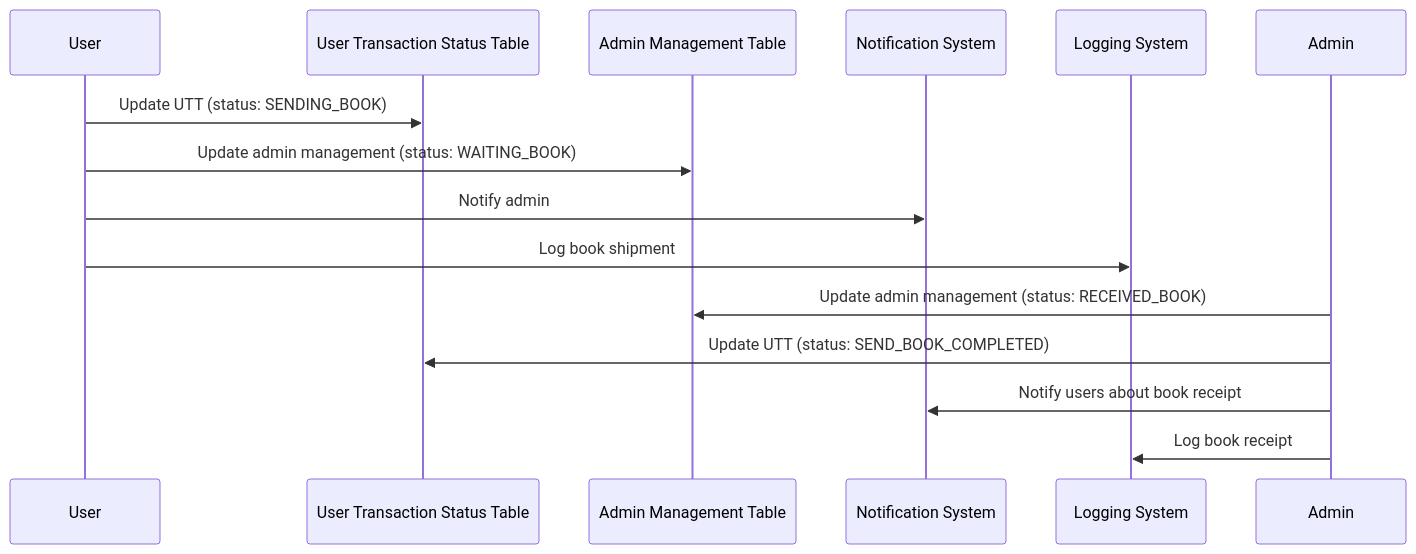
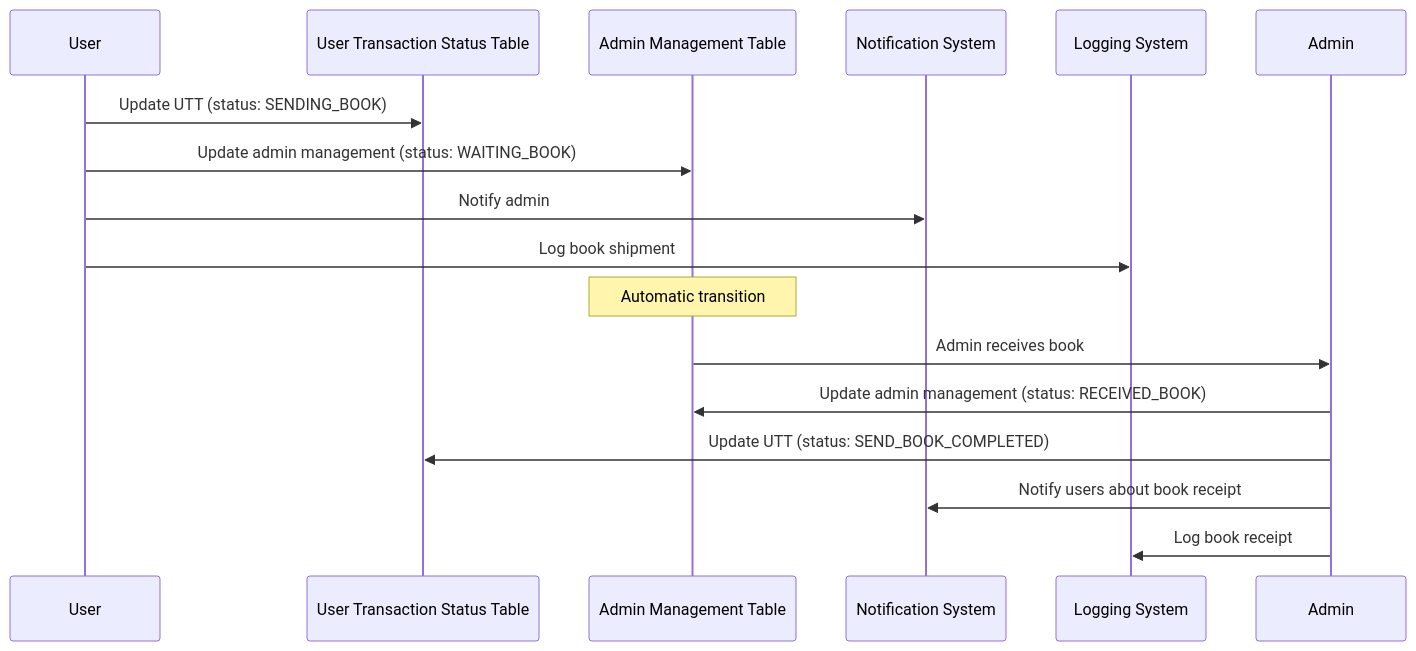
Before and after one commit to Loknong/book-exchange: the tenth of 12 diagrams in documents/Exchange.flow.md, drawn with Mermaid. The commit also changed other lines of this file, not shown here.

````diff
--- a/documents/Exchange.flow.md
+++ b/documents/Exchange.flow.md
@@ -253,19 +286,21 @@
 ```mermaid
 sequenceDiagram
     participant User
     participant UserTransactionStatusTable as User Transaction Status Table
     participant AdminManagementTable as Admin Management Table
     participant NotificationSystem as Notification System
     participant LoggingSystem as Logging System
     participant Admin
 
     User->>UserTransactionStatusTable: Update UTT (status: SENDING_BOOK)
     User->>AdminManagementTable: Update admin management (status: WAITING_BOOK)
     User->>NotificationSystem: Notify admin
     User->>LoggingSystem: Log book shipment
 
+    note over AdminManagementTable: Automatic transition
+    AdminManagementTable->>Admin: Admin receives book
     Admin->>AdminManagementTable: Update admin management (status: RECEIVED_BOOK)
     Admin->>UserTransactionStatusTable: Update UTT (status: SEND_BOOK_COMPLETED)
     Admin->>NotificationSystem: Notify users about book receipt
     Admin->>LoggingSystem: Log book receipt
 ```
````
